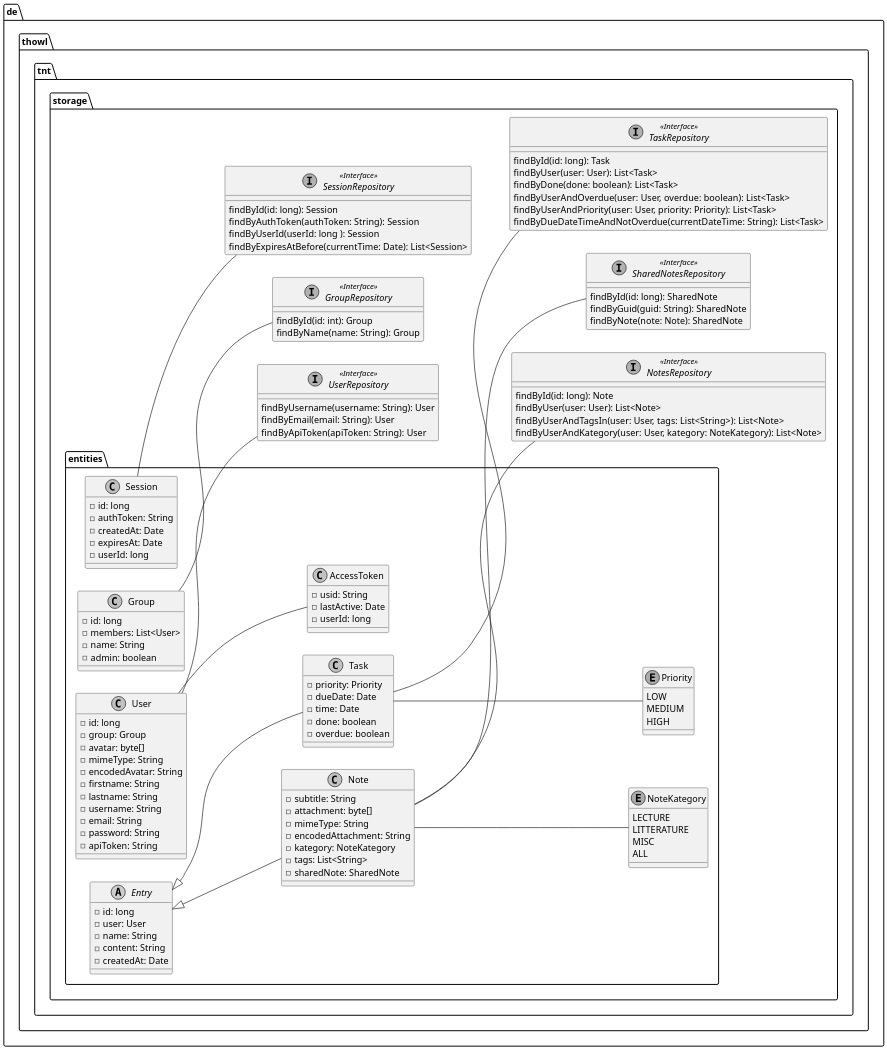
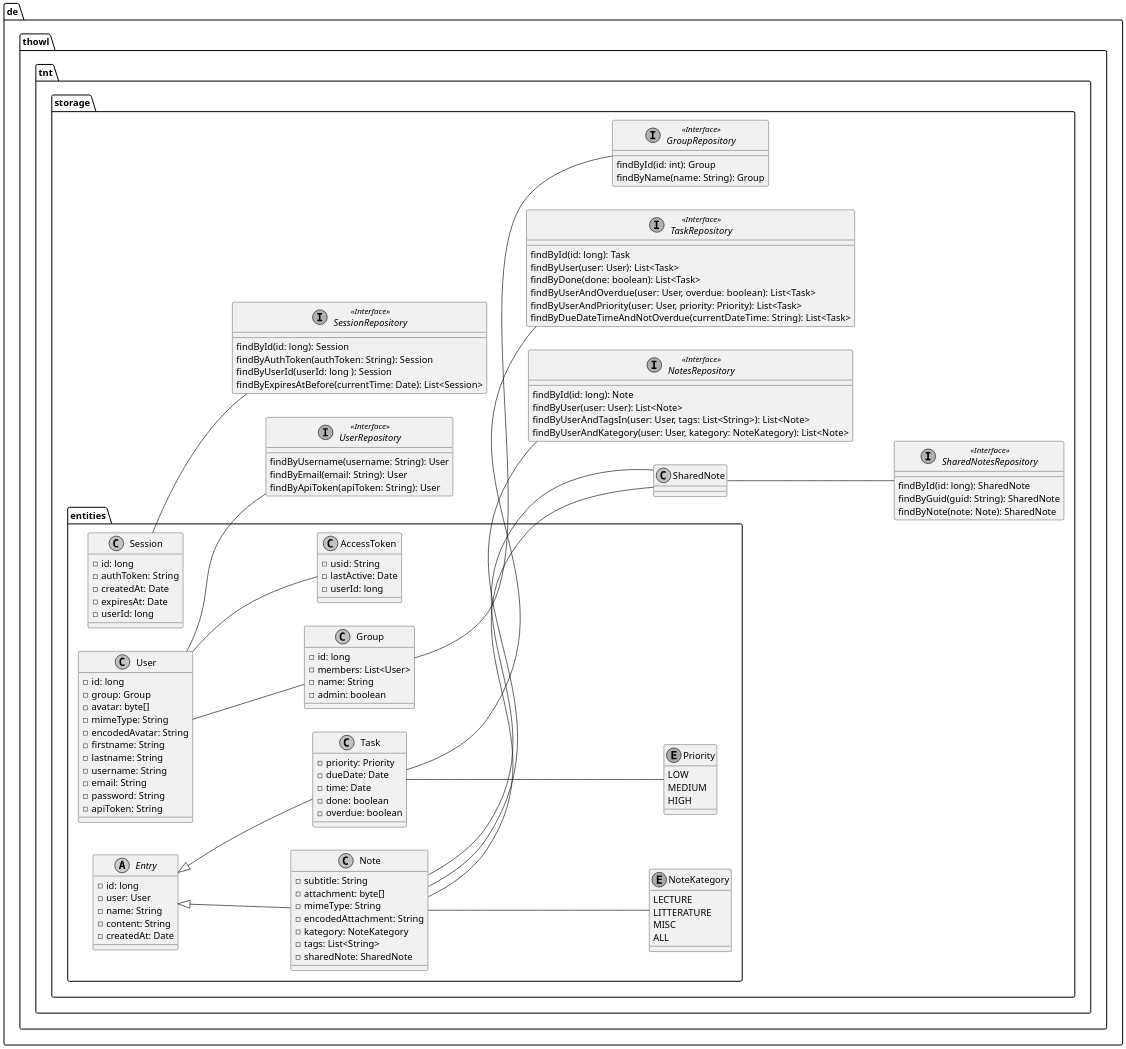
The second of 3 diagrams in doc/uml/tnt.puml (j0giwa/TnT), drawn with PlantUML before and after one commit.

```diff
--- a/doc/uml/tnt.puml
+++ b/doc/uml/tnt.puml
@@ -57,143 +57,146 @@
 @startuml tnt-storage
 
 skinparam monochrome true
 skinparam dpi 400
 scale 200 width
 scale 700 height
 
 left to right direction
 
 package de.thowl.tnt.storage {
 
 	interface GroupRepository <<Interface>> {
 		findById(id: int): Group
 		findByName(name: String): Group
 	}
 
 	interface NotesRepository <<Interface>> {
 		findById(id: long): Note
 		findByUser(user: User): List<Note>
 		findByUserAndTagsIn(user: User, tags: List<String>): List<Note>
 		findByUserAndKategory(user: User, kategory: NoteKategory): List<Note>
 	}
 
 	interface SessionRepository <<Interface>> {
 		findById(id: long): Session
 		findByAuthToken(authToken: String): Session
 		findByUserId(userId: long ): Session
 		findByExpiresAtBefore(currentTime: Date): List<Session>
 
 	}
 
 	interface SharedNotesRepository <<Interface>> {
 		findById(id: long): SharedNote
 		findByGuid(guid: String): SharedNote
 		findByNote(note: Note): SharedNote
 	 }
 
 	interface TaskRepository <<Interface>> {
 		findById(id: long): Task
 		findByUser(user: User): List<Task>
 		findByDone(done: boolean): List<Task>
 		findByUserAndOverdue(user: User, overdue: boolean): List<Task>
 		findByUserAndPriority(user: User, priority: Priority): List<Task>
 		findByDueDateTimeAndNotOverdue(currentDateTime: String): List<Task>
 	}
 
 	interface UserRepository <<Interface>> {
 		findByUsername(username: String): User
 		findByEmail(email: String): User
 		findByApiToken(apiToken: String): User
 	}
 
 	package entities {
 
 		class User {
 			- id: long
 			- group: Group
 			- avatar: byte[]
 			- mimeType: String
 			- encodedAvatar: String
 			- firstname: String
 			- lastname: String
 			- username: String
 			- email: String
 			- password: String
 			- apiToken: String
 
 		}
 
 		class Group {
 			- id: long
 			- members: List<User>
 			- name: String
 			- admin: boolean
 		}
 
 		class AccessToken {
 			- usid: String
 			- lastActive: Date
 			- userId: long
 		}
 
 		abstract class Entry {
 			- id: long
 			- user: User
 			- name: String
 			- content: String
 			- createdAt: Date
 		}
 
 		class Note extends Entry {
 			- subtitle: String
 			- attachment: byte[]
 			- mimeType: String
 			- encodedAttachment: String
 			- kategory: NoteKategory
 			- tags: List<String>
 			- sharedNote: SharedNote
 		}
 
 		class Task extends Entry {
 			- priority: Priority
 			- dueDate: Date
 			- time: Date
 			- done: boolean
 			- overdue: boolean
 
 		}
 
 		enum NoteKategory{
 			LECTURE
 			LITTERATURE
 			MISC
 			ALL
 		}
 
 		enum Priority {
 			LOW
 			MEDIUM
 			HIGH
 		}
 
 		class Session {
 			- id: long
 			- authToken: String 
 			- createdAt: Date 
 			- expiresAt: Date 
 			- userId: long
 		}
 	}
 
 	User -- UserRepository
 	User -- AccessToken
 	Group -- GroupRepository
 	Session -- SessionRepository
 	Task -- TaskRepository
 	Note -- NotesRepository
-	Note -- SharedNotesRepository
+	Note -- SharedNote
+ SharedNote -- SharedNotesRepository
 	Note -- NoteKategory
+ Note -- SharedNote
+ User -- Group
 	Task -- Priority
 }
 
 @enduml
```
